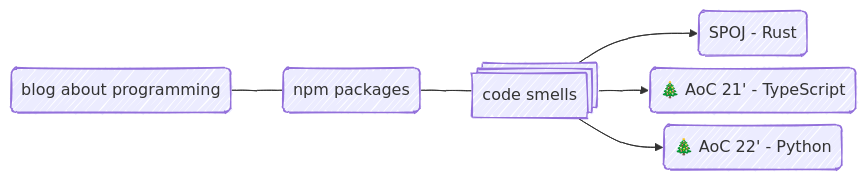
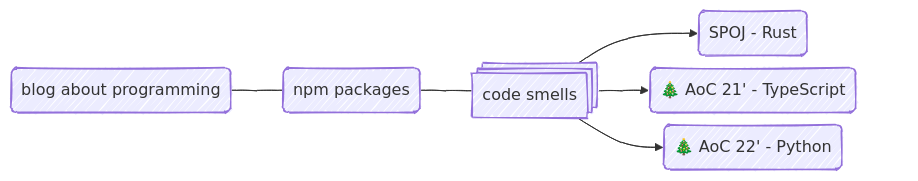
One commit to twistezo/twistezo changed the diagram in README.md. Above: the diagram before and after it, drawn with Mermaid.

````diff
--- a/README.md
+++ b/README.md
@@ -1,34 +1,36 @@
 ```mermaid
 ---
 config:
   look: handDrawn
   # theme: neutral
   securityLevel: antiscript
   flowchart:
     diagramPadding: 0
     nodeSpacing: 10
     rankSpacing: 50
     padding: 10
 ---
 flowchart LR
     BLOG(blog about programming)
     NPM(npm packages)
     CODE@{ shape: st-rect, label: "code smells"}
     A(SPOJ - Rust)
     B(🎄 AoC 21' - TypeScript)
     C(🎄 AoC 22' - Python)
 
     BLOG --- NPM --- CODE
     CODE --> A
     CODE --> B
     CODE --> C
+    B ~~~ END:::HIDDEN
 
     click BLOG href "https://twistezo.github.io/blog/" "Tooltip" _blank
     click NPM href "https://www.npmjs.com/~twistezo" "Tooltip" _blank
     click A href "https://github.com/twistezo/spoj-tournament" "Tooltip" _blank
     click B href "https://github.com/twistezo/advent-of-code-2021" "Tooltip" _blank
     click C href "https://github.com/twistezo/advent-of-code-2021" "Tooltip" _blank
 
+    classDef HIDDEN display: none;
     %% classDef styles fill:#fff
     %% class BLOG,NPM,CODE,A,B,C styles
 ```
````
